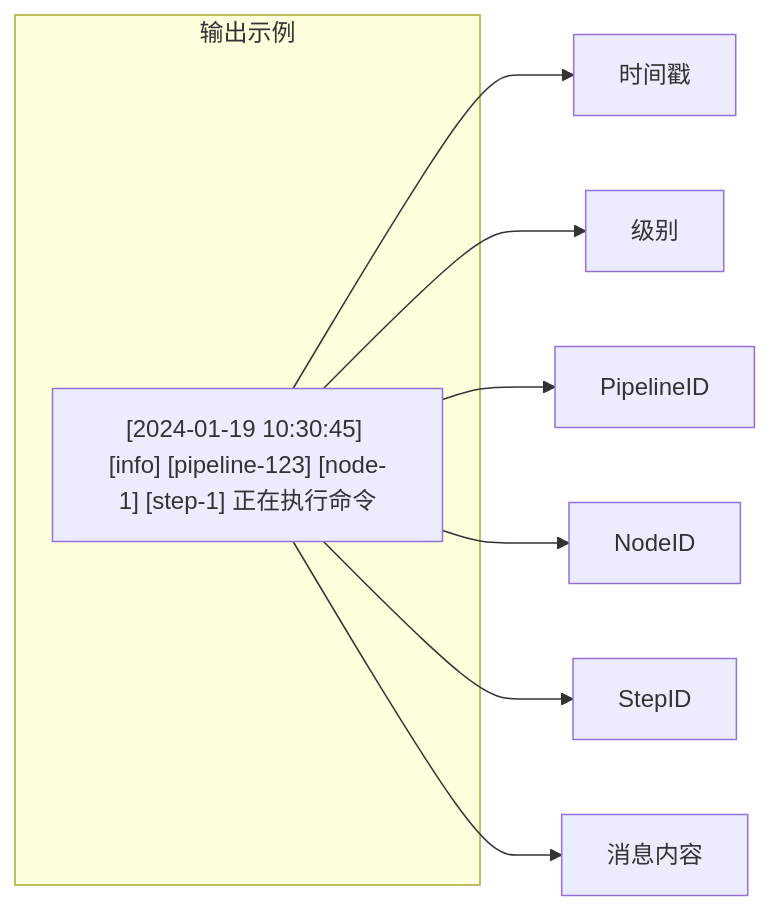
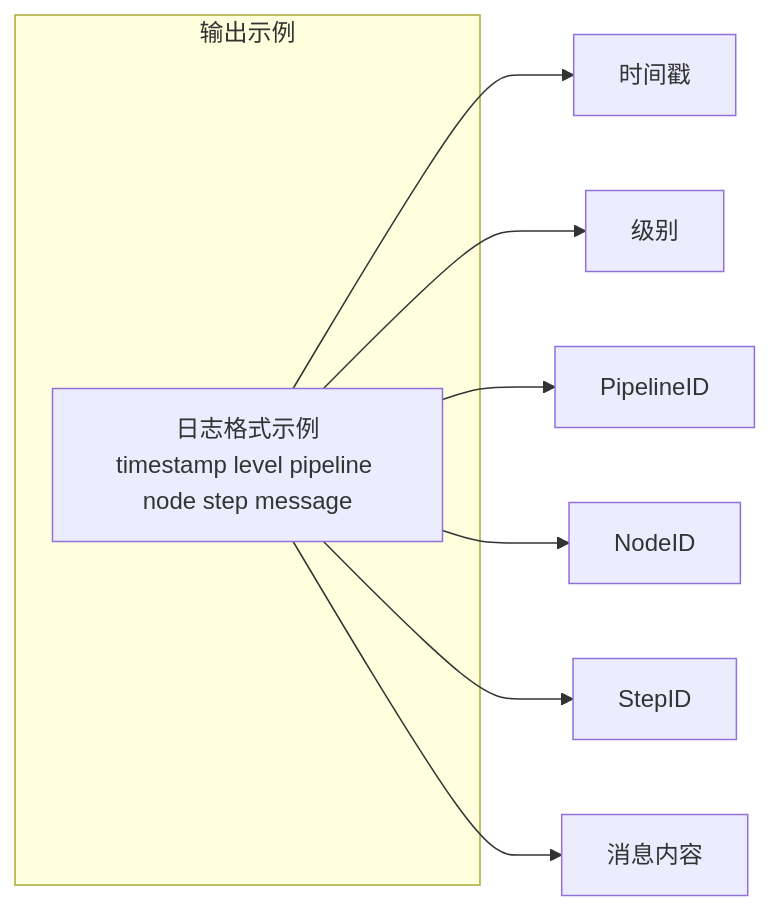
One commit to LerkoX/flowx changed the fifth of 7 diagrams in logger/FLOWS.md. Above: the diagram before and after it, drawn with Mermaid. The commit also changed 4 other files, not shown here.

First line of the commit message:
fix: remove double quotes from Mermaid node labels

````diff
--- a/logger/FLOWS.md
+++ b/logger/FLOWS.md
@@ -60,13 +60,13 @@
 ```mermaid
 flowchart LR
     subgraph 输出示例
-    A["[2024-01-19 10:30:45] [info] [pipeline-123] [node-1] [step-1] 正在执行命令"]
+    A[日志格式示例<br/>timestamp level pipeline node step message]
     end
 
     A --> B[时间戳]
     A --> C[级别]
     A --> D[PipelineID]
     A --> E[NodeID]
     A --> F[StepID]
     A --> G[消息内容]
 ```
````
